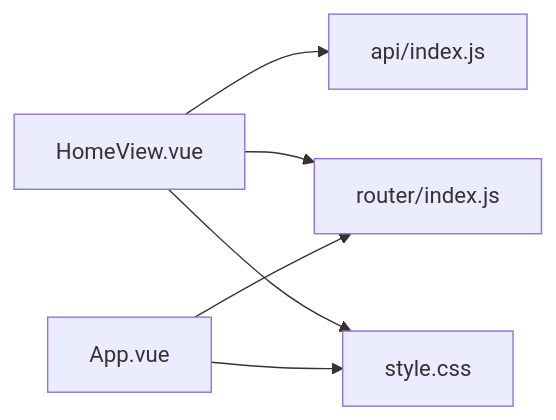
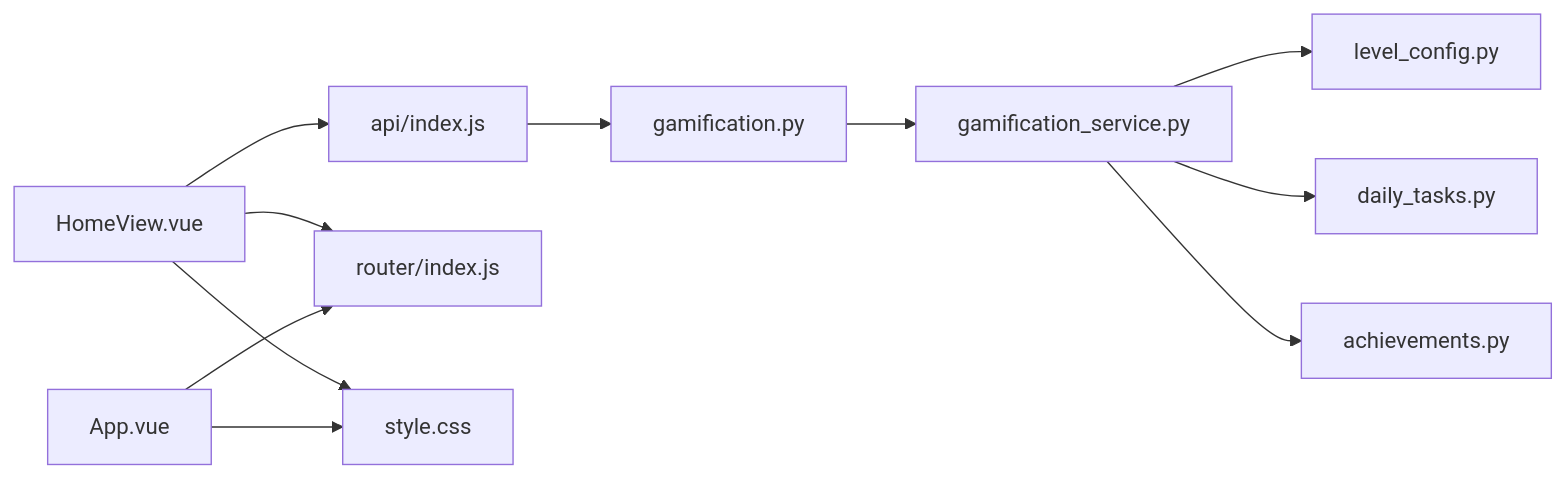
The eighth of 8 diagrams in .qoder/repowiki/zh/content/前端应用架构/视图组件/主页组件.md (zhiwenli-jack/personal-learning-manager), drawn with Mermaid before and after one commit. The commit also changed other lines of this file and 20 other files, not shown here.

````diff
--- a/.qoder/repowiki/zh/content/前端应用架构/视图组件/主页组件.md
+++ b/.qoder/repowiki/zh/content/前端应用架构/视图组件/主页组件.md
@@ -279,8 +392,13 @@
 ```mermaid
 graph LR
 Home["HomeView.vue"] --> API["api/index.js"]
 Home --> Router["router/index.js"]
 Home --> Style["style.css"]
 App["App.vue"] --> Router
 App --> Style
+API --> GamificationAPI["gamification.py"]
+GamificationAPI --> GamificationService["gamification_service.py"]
+GamificationService --> LevelConfig["level_config.py"]
+GamificationService --> DailyTasks["daily_tasks.py"]
+GamificationService --> Achievements["achievements.py"]
 ```
````
